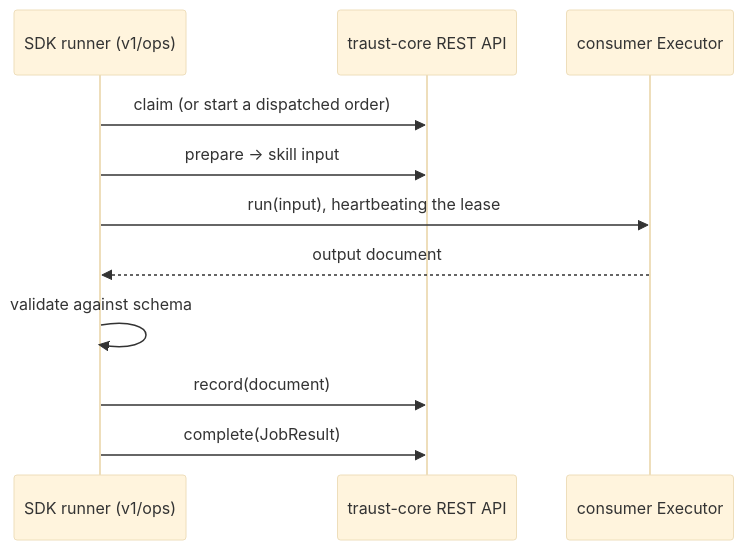
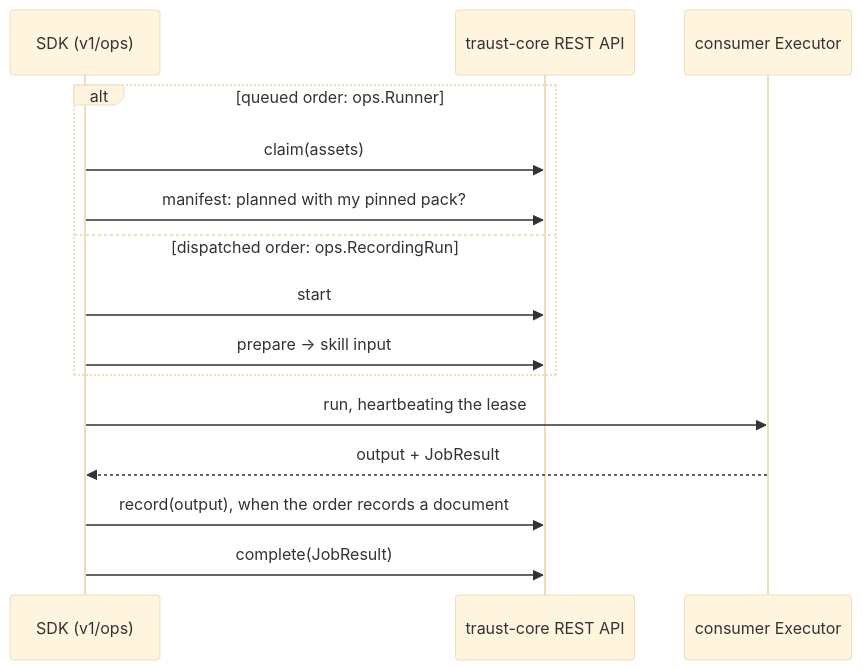
The diagram in AGENTS.md (smith-xyz/traust-sdk), drawn with Mermaid (base theme) before and after one commit. The commit also changed other lines of this file and 30 other files, not shown here.

Commit message:
refactor(go)!: one lease lifecycle for both runs; pack and refusals from core; Prow OWNERS for the framework

````diff
--- a/AGENTS.md
+++ b/AGENTS.md
@@ -30,13 +38,17 @@
 ```mermaid
 sequenceDiagram
-    participant R as SDK runner (v1/ops)
+    participant R as SDK (v1/ops)
     participant API as traust-core REST API
     participant X as consumer Executor
-    R->>API: claim (or start a dispatched order)
-    R->>API: prepare → skill input
-    R->>X: run(input), heartbeating the lease
-    X-->>R: output document
-    R->>R: validate against schema
-    R->>API: record(document)
+    alt queued order: ops.Runner
+        R->>API: claim(assets)
+        R->>API: manifest: planned with my pinned pack?
+    else dispatched order: ops.RecordingRun
+        R->>API: start
+        R->>API: prepare → skill input
+    end
+    R->>X: run, heartbeating the lease
+    X-->>R: output + JobResult
+    R->>API: record(output), when the order records a document
     R->>API: complete(JobResult)
 ```
````
